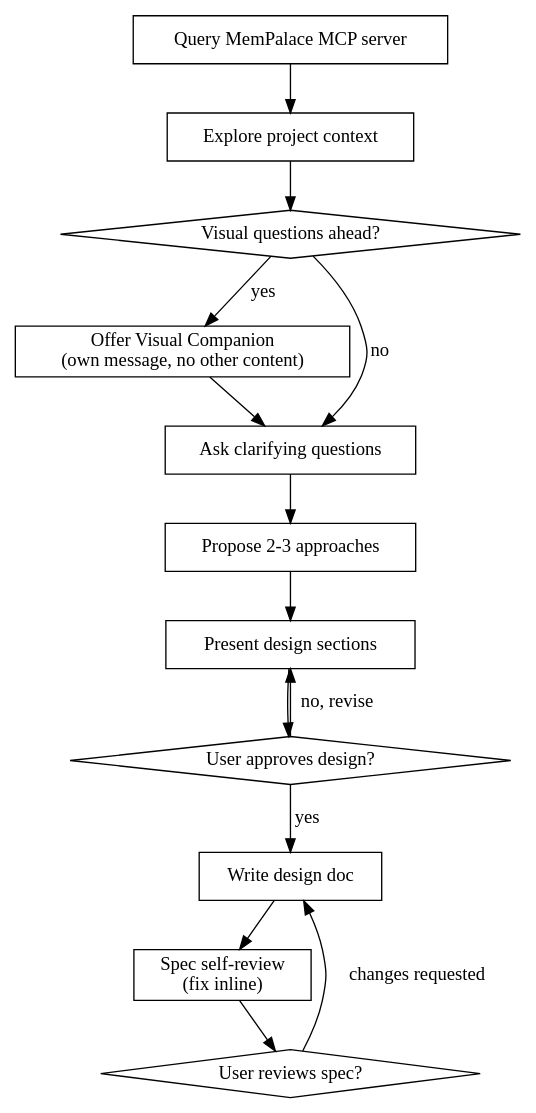
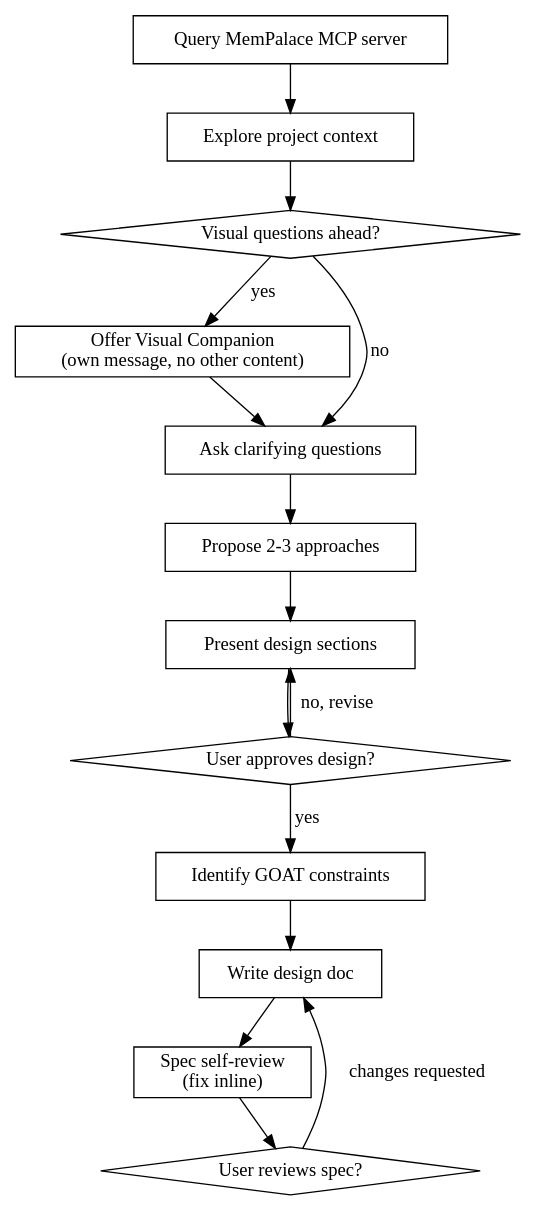
The diagram in .agents/skills/brainstorming/SKILL.md (antoinezanardi/goat-it-web-game), drawn with Graphviz before and after one commit. The commit also changed other lines of this file and 19 other files, not shown here.

Commit message:
refactor(goat-audit): tighten checklists and add spec-time design mode

````diff
--- a/.agents/skills/brainstorming/SKILL.md
+++ b/.agents/skills/brainstorming/SKILL.md
@@ -38,29 +39,31 @@
 ```dot
 digraph brainstorming {
     "Query MemPalace MCP server" [shape=box];
     "Explore project context" [shape=box];
     "Visual questions ahead?" [shape=diamond];
     "Offer Visual Companion\n(own message, no other content)" [shape=box];
     "Ask clarifying questions" [shape=box];
     "Propose 2-3 approaches" [shape=box];
     "Present design sections" [shape=box];
     "User approves design?" [shape=diamond];
+    "Identify GOAT constraints" [shape=box];
     "Write design doc" [shape=box];
     "Spec self-review\n(fix inline)" [shape=box];
     "User reviews spec?" [shape=diamond];
 
     "Query MemPalace MCP server" -> "Explore project context";
     "Explore project context" -> "Visual questions ahead?";
     "Visual questions ahead?" -> "Offer Visual Companion\n(own message, no other content)" [label="yes"];
     "Visual questions ahead?" -> "Ask clarifying questions" [label="no"];
     "Offer Visual Companion\n(own message, no other content)" -> "Ask clarifying questions";
     "Ask clarifying questions" -> "Propose 2-3 approaches";
     "Propose 2-3 approaches" -> "Present design sections";
     "Present design sections" -> "User approves design?";
     "User approves design?" -> "Present design sections" [label="no, revise"];
-    "User approves design?" -> "Write design doc" [label="yes"];
+    "User approves design?" -> "Identify GOAT constraints" [label="yes"];
+    "Identify GOAT constraints" -> "Write design doc";
     "Write design doc" -> "Spec self-review\n(fix inline)";
     "Spec self-review\n(fix inline)" -> "User reviews spec?";
     "User reviews spec?" -> "Write design doc" [label="changes requested"];
 }
 ```
````
